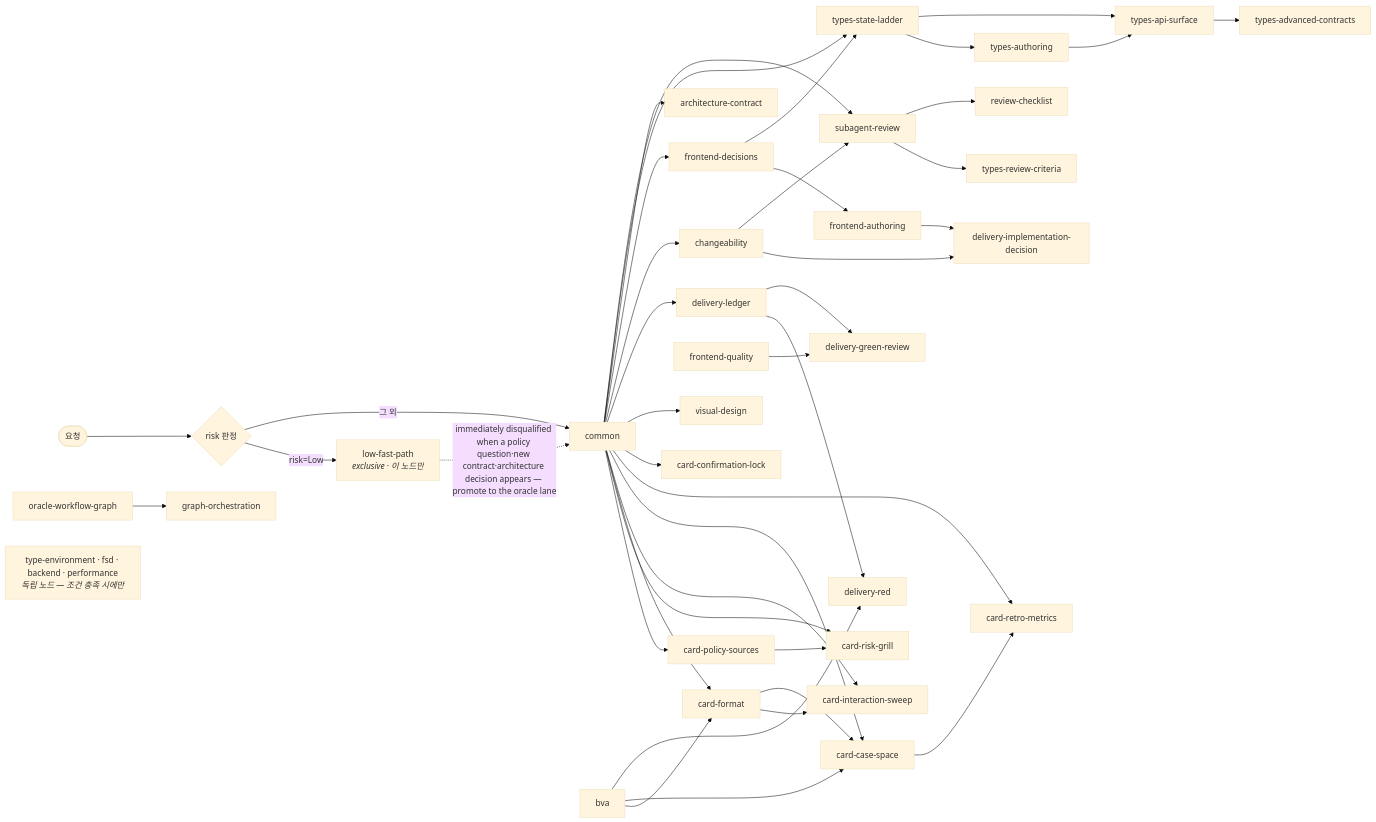
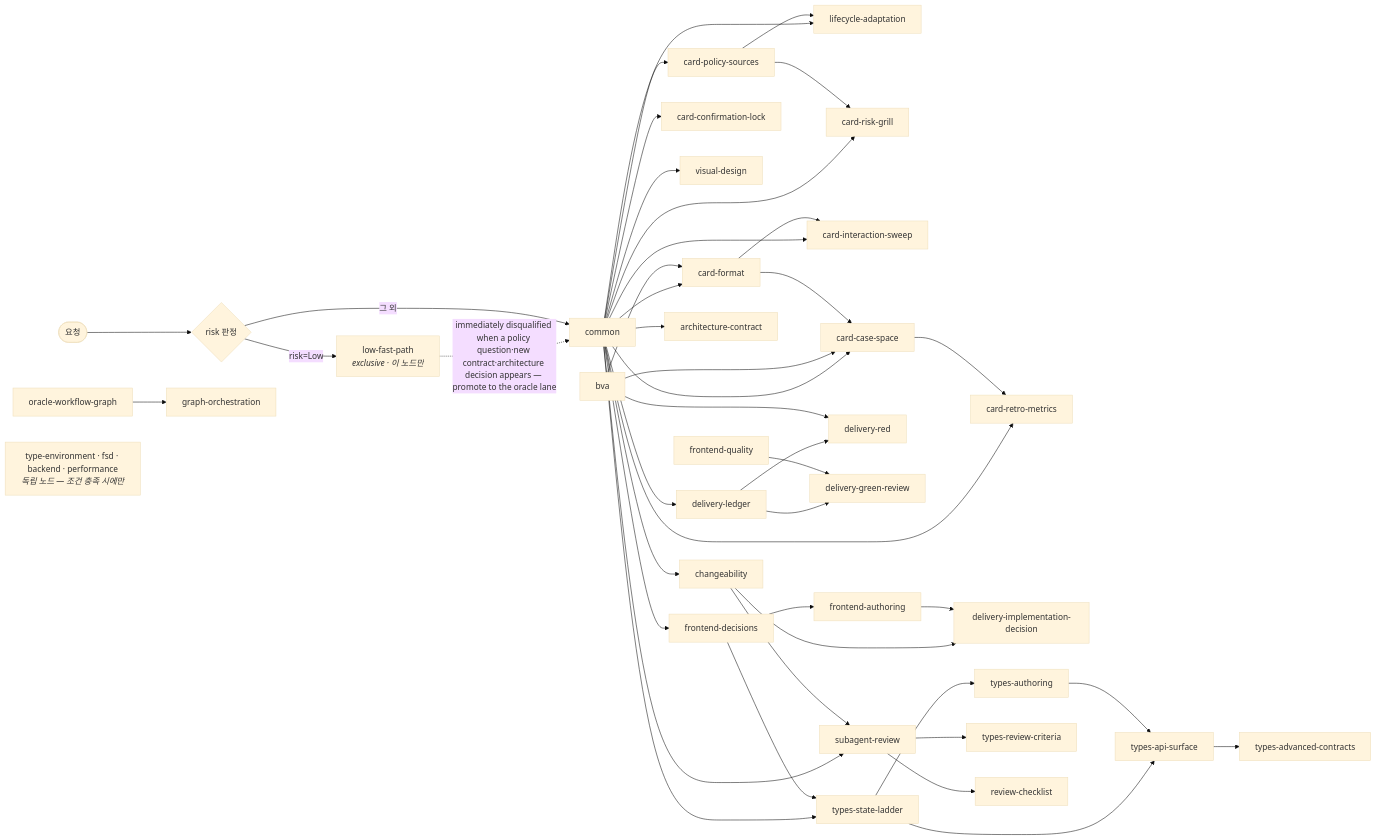
The second of 2 diagrams in packages/frontend-oracle-design/skills/README.md (lodado/shareds), drawn with Mermaid (base theme) before and after one commit. The commit also changed 19 other files, not shown here.

````diff
--- a/packages/frontend-oracle-design/skills/README.md
+++ b/packages/frontend-oracle-design/skills/README.md
@@ -102,71 +102,74 @@
 ```mermaid
 flowchart LR
   START(["요청"]) --> RISK{"risk 판정"}
   RISK -->|"risk=Low"| low_fast_path["low-fast-path<br/><i>exclusive · 이 노드만</i>"]
   low_fast_path -.->|"immediately disqualified when a policy question·new contract·architecture decision appears — promote to the oracle lane"| common
   RISK -->|"그 외"| common["common"]
 
   card_policy_sources["card-policy-sources"]
+  lifecycle_adaptation["lifecycle-adaptation"]
   card_risk_grill["card-risk-grill"]
   card_format["card-format"]
   card_interaction_sweep["card-interaction-sweep"]
   card_case_space["card-case-space"]
   card_retro_metrics["card-retro-metrics"]
   card_confirmation_lock["card-confirmation-lock"]
   visual_design["visual-design"]
   delivery_ledger["delivery-ledger"]
   delivery_red["delivery-red"]
   delivery_implementation_decision["delivery-implementation-decision"]
   delivery_green_review["delivery-green-review"]
   frontend_decisions["frontend-decisions"]
   frontend_authoring["frontend-authoring"]
   frontend_quality["frontend-quality"]
   architecture_contract["architecture-contract"]
   types_state_ladder["types-state-ladder"]
   types_authoring["types-authoring"]
   types_api_surface["types-api-surface"]
   types_advanced_contracts["types-advanced-contracts"]
   types_review_criteria["types-review-criteria"]
   subagent_review["subagent-review"]
   review_checklist["review-checklist"]
   graph_orchestration["graph-orchestration"]
   oracle_workflow_graph["oracle-workflow-graph"]
 
   common --> card_policy_sources
+  common --> lifecycle_adaptation
+  card_policy_sources --> lifecycle_adaptation
   common --> card_risk_grill
   card_policy_sources --> card_risk_grill
   common --> card_format
   bva --> card_format
   common --> card_interaction_sweep
   card_format --> card_interaction_sweep
   common --> card_case_space
   bva --> card_case_space
   card_format --> card_case_space
   common --> card_retro_metrics
   card_case_space --> card_retro_metrics
   common --> card_confirmation_lock
   common --> visual_design
   common --> delivery_ledger
   delivery_ledger --> delivery_red
   bva --> delivery_red
   changeability --> delivery_implementation_decision
   frontend_authoring --> delivery_implementation_decision
   delivery_ledger --> delivery_green_review
   frontend_quality --> delivery_green_review
   common --> changeability
   common --> frontend_decisions
   frontend_decisions --> frontend_authoring
   common --> architecture_contract
   common --> types_state_ladder
   frontend_decisions --> types_state_ladder
   types_state_ladder --> types_authoring
   types_state_ladder --> types_api_surface
   types_authoring --> types_api_surface
   types_api_surface --> types_advanced_contracts
   subagent_review --> types_review_criteria
   common --> subagent_review
   changeability --> subagent_review
   subagent_review --> review_checklist
   oracle_workflow_graph --> graph_orchestration
   IND["type-environment · fsd · backend · performance<br/><i>독립 노드 — 조건 충족 시에만</i>"]
 ```
````
